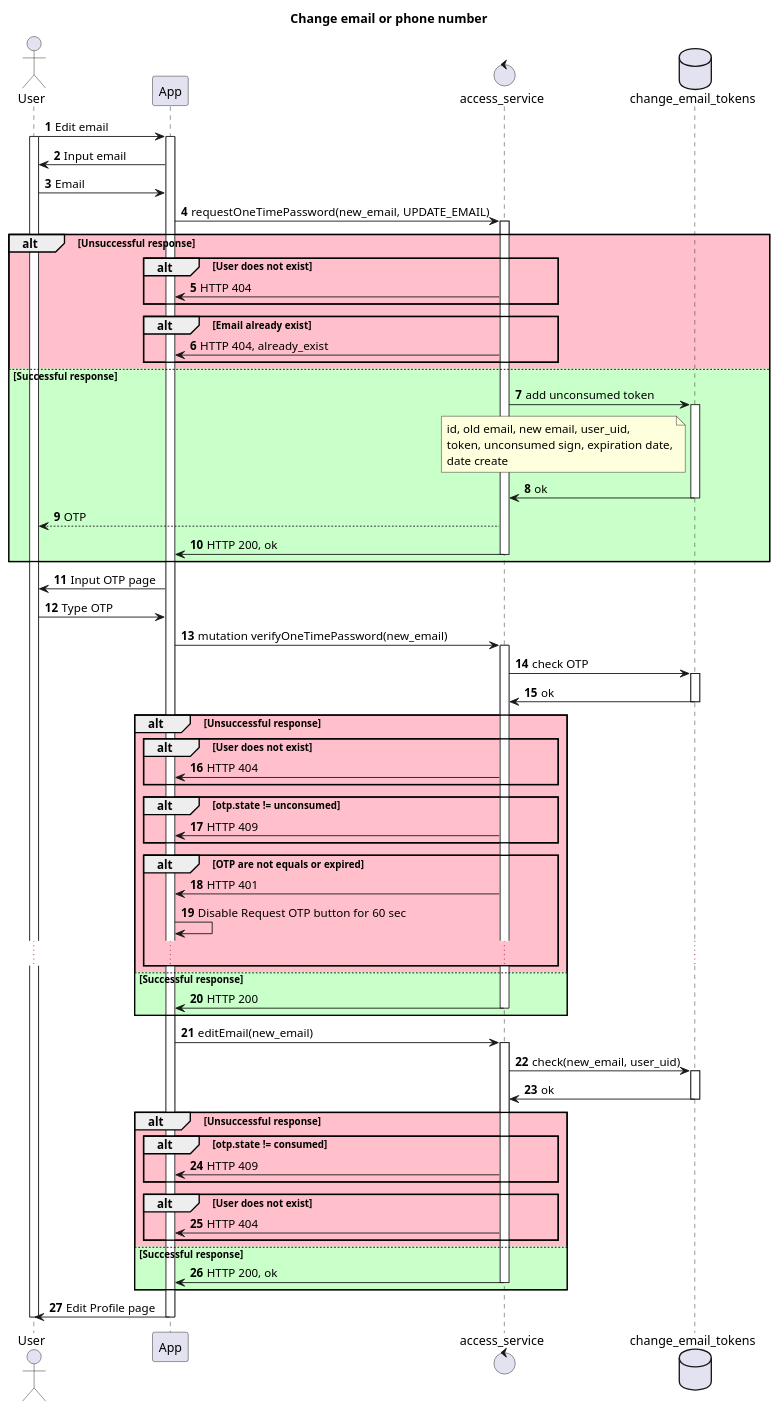
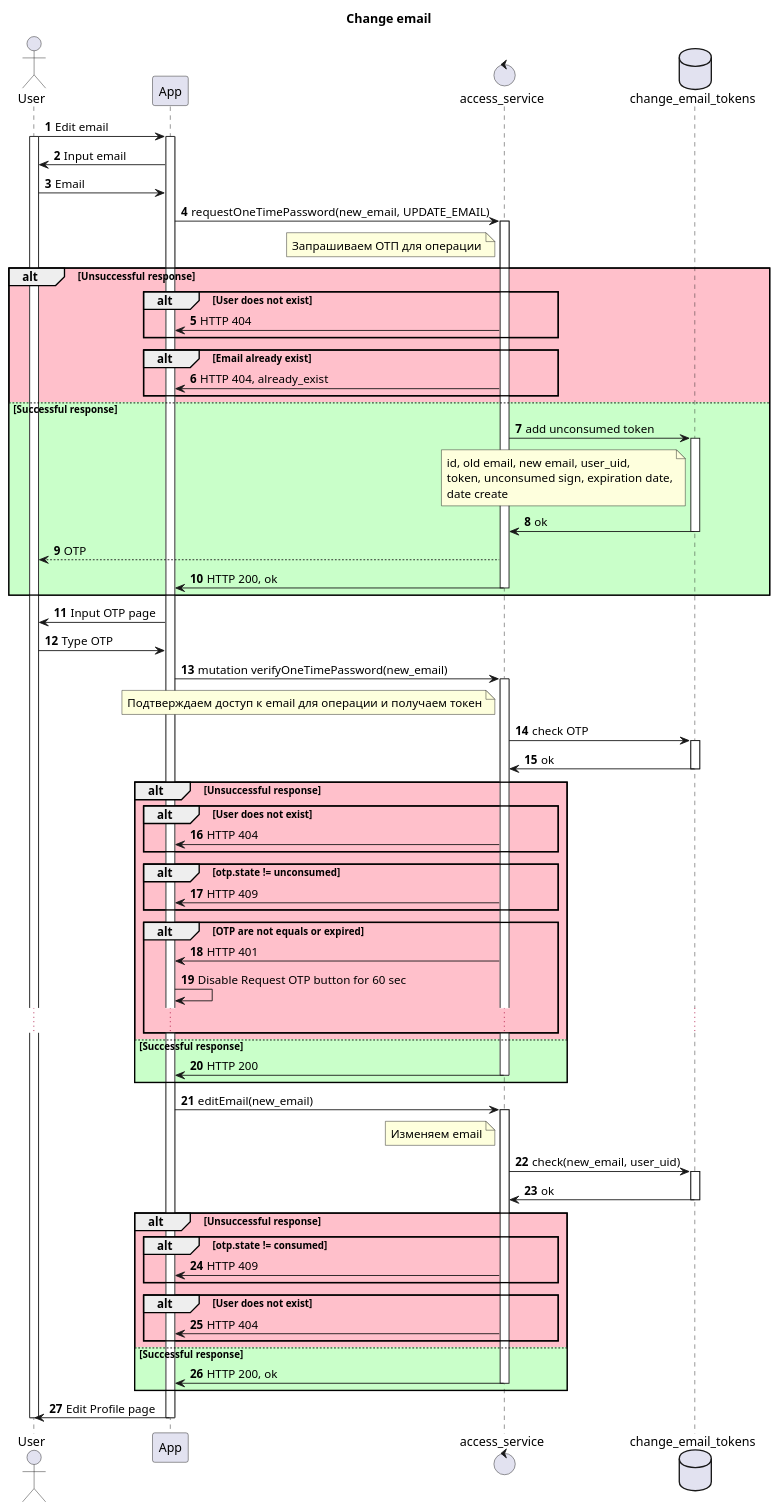
The diagram in schemas/change_login_to_be.puml (algruwork/work), drawn with PlantUML before and after one commit.

```diff
--- a/schemas/change_login_to_be.puml
+++ b/schemas/change_login_to_be.puml
@@ -1,89 +1,98 @@
 @startuml
 actor User as U
 participant App as GUI
 control access_service as AC
 database change_email_tokens as CLT
 
-title "Change email or phone number"
+title "Change email"
 autonumber
 U -> GUI: Edit email
 activate U
 activate GUI
 GUI -> U: Input email
 U -> GUI: Email
 GUI -> AC: requestOneTimePassword(new_email, UPDATE_EMAIL)
+note left AC
+Запрашиваем ОТП для операции
+end note
 activate AC
 
 alt #Pink Unsuccessful response
 alt #Pink User does not exist
 AC -> GUI: HTTP 404
 end
 alt #Pink Email already exist
 AC -> GUI: HTTP 404, already_exist
 end
 else #Technology Successful response
 AC -> CLT: add unconsumed token
 note left CLT
 id, old email, new email, user_uid,
 token, unconsumed sign, expiration date,
 date create
 end note
 activate CLT
 CLT -> AC: ok
 deactivate CLT
 AC --> U: OTP
 AC -> GUI: HTTP 200, ok
 deactivate AC
 end
 
 GUI -> U: Input OTP page
 U -> GUI: Type OTP
 GUI -> AC: mutation verifyOneTimePassword(new_email)
+note left AC
+Подтверждаем доступ к email для операции и получаем токен
+end note
 activate AC
 AC -> CLT: check OTP
 activate CLT
 CLT -> AC: ok
 deactivate CLT
 
 alt #Pink Unsuccessful response
 alt #Pink User does not exist
 AC -> GUI: HTTP 404
 end
 
 alt #Pink otp.state != unconsumed
 AC -> GUI: HTTP 409
 end
 
 alt #Pink OTP are not equals or expired
 AC -> GUI: HTTP 401
 GUI -> GUI: Disable Request OTP button for 60 sec
 ...
 end
 
 
 else #Technology Successful response
 AC -> GUI: HTTP 200
 deactivate AC
 end
 
 GUI -> AC: editEmail(new_email)
 activate AC
+note left AC
+Изменяем email
+end note
 AC -> CLT: check(new_email, user_uid)
 activate CLT
 CLT -> AC: ok
 deactivate CLT
 alt #Pink Unsuccessful response
 alt #Pink otp.state != consumed
 AC -> GUI: HTTP 409
 end
 alt #Pink User does not exist
 AC -> GUI: HTTP 404
 end
 else #Technology Successful response
 AC -> GUI: HTTP 200, ok
 deactivate AC
 end
 GUI -> U: Edit Profile page
 deactivate GUI
 deactivate U
 @enduml
```
